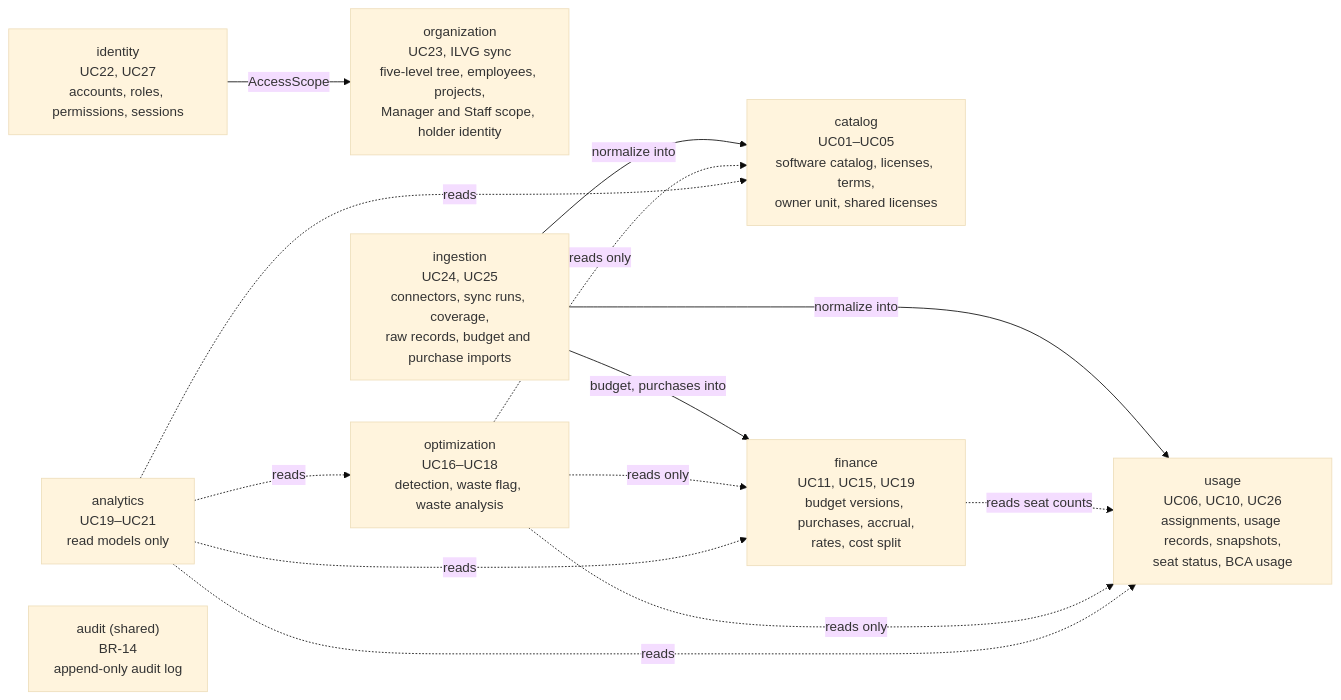
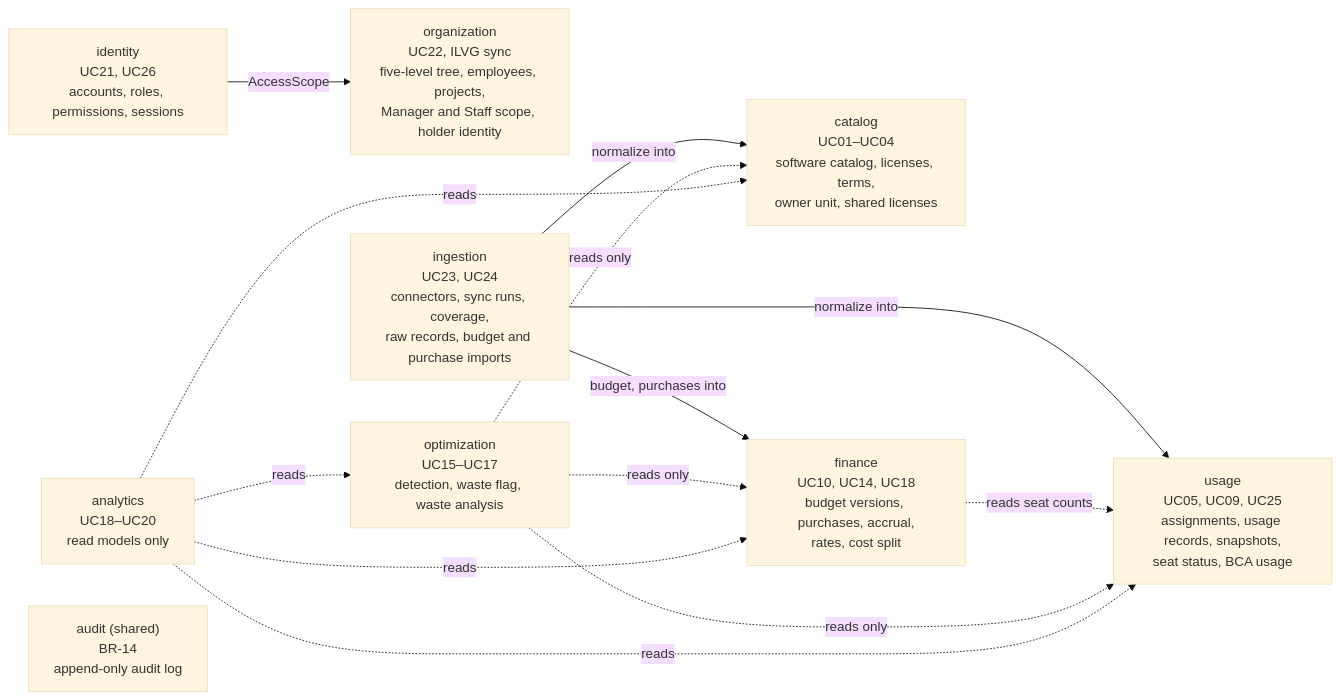
Before and after one commit to cuonglpv/VFast: the fourth of 7 diagrams in docs/07-c4-architecture.md, drawn with Mermaid (base theme). The commit also changed other lines of this file and 21 other files, not shown here.

First line of the commit message:
docs: fold shared licenses into the license catalog and rename license users

````diff
--- a/docs/07-c4-architecture.md
+++ b/docs/07-c4-architecture.md
@@ -226,25 +226,25 @@
 ```mermaid
 flowchart LR
-    identity["identity<br/>UC22, UC27<br/>accounts, roles, permissions, sessions"]
-    organization["organization<br/>UC23, ILVG sync<br/>five-level tree, employees, projects,<br/>Manager and Staff scope, holder identity"]
-    catalog["catalog<br/>UC01–UC05<br/>software catalog, licenses, terms,<br/>owner unit, shared licenses"]
-    ingestion["ingestion<br/>UC24, UC25<br/>connectors, sync runs, coverage,<br/>raw records, budget and purchase imports"]
-    usage["usage<br/>UC06, UC10, UC26<br/>assignments, usage records, snapshots,<br/>seat status, BCA usage"]
-    finance["finance<br/>UC11, UC15, UC19<br/>budget versions, purchases, accrual,<br/>rates, cost split"]
-    optimization["optimization<br/>UC16–UC18<br/>detection, waste flag, waste analysis"]
-    analytics["analytics<br/>UC19–UC21<br/>read models only"]
+    identity["identity<br/>UC21, UC26<br/>accounts, roles, permissions, sessions"]
+    organization["organization<br/>UC22, ILVG sync<br/>five-level tree, employees, projects,<br/>Manager and Staff scope, holder identity"]
+    catalog["catalog<br/>UC01–UC04<br/>software catalog, licenses, terms,<br/>owner unit, shared licenses"]
+    ingestion["ingestion<br/>UC23, UC24<br/>connectors, sync runs, coverage,<br/>raw records, budget and purchase imports"]
+    usage["usage<br/>UC05, UC09, UC25<br/>assignments, usage records, snapshots,<br/>seat status, BCA usage"]
+    finance["finance<br/>UC10, UC14, UC18<br/>budget versions, purchases, accrual,<br/>rates, cost split"]
+    optimization["optimization<br/>UC15–UC17<br/>detection, waste flag, waste analysis"]
+    analytics["analytics<br/>UC18–UC20<br/>read models only"]
     audit["audit (shared)<br/>BR-14<br/>append-only audit log"]
 
     ingestion -- "normalize into" --> catalog
     ingestion -- "normalize into" --> usage
     ingestion -- "budget, purchases into" --> finance
     finance -. "reads seat counts" .-> usage
     optimization -. "reads only" .-> usage
     optimization -. "reads only" .-> finance
     optimization -. "reads only" .-> catalog
     analytics -. "reads" .-> optimization
     analytics -. "reads" .-> finance
     analytics -. "reads" .-> usage
     analytics -. "reads" .-> catalog
     identity -- "AccessScope" --> organization
 ```
````
